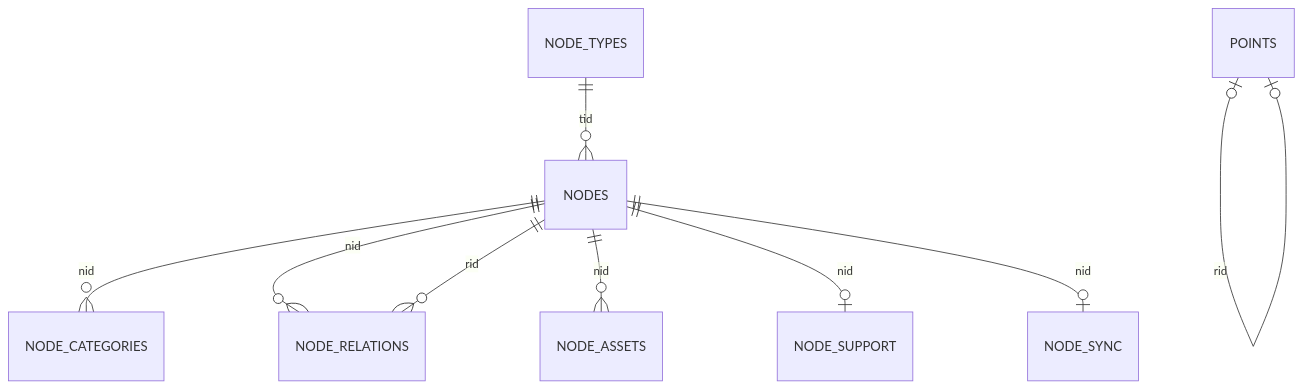
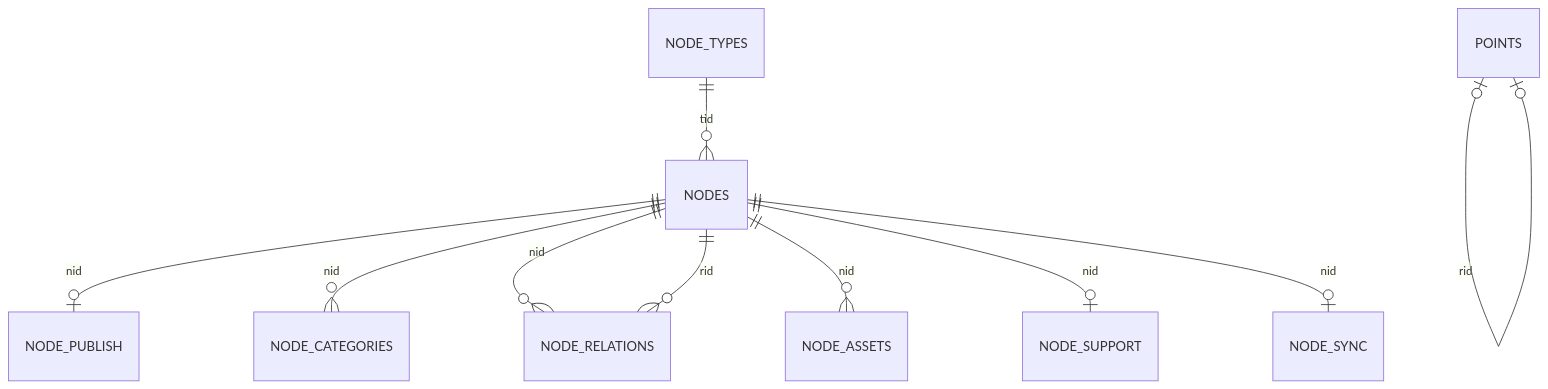
Before and after one commit to SLAED-CMS/SLAED-CMS-6.3: the diagram in docs/node/03-database.md, drawn with Mermaid. The commit also changed other lines of this file and 51 other files, not shown here.

````diff
--- a/docs/node/03-database.md
+++ b/docs/node/03-database.md
@@ -32,11 +34,12 @@
 ```mermaid
 erDiagram
     NODE_TYPES ||--o{ NODES : tid
+    NODES ||--o| NODE_PUBLISH : nid
     NODES ||--o{ NODE_CATEGORIES : nid
     NODES ||--o{ NODE_RELATIONS : nid
     NODES ||--o{ NODE_RELATIONS : rid
     NODES ||--o{ NODE_ASSETS : nid
     NODES ||--o| NODE_SUPPORT : nid
     NODES ||--o| NODE_SYNC : nid
     POINTS o|--o| POINTS : rid
 ```
````
